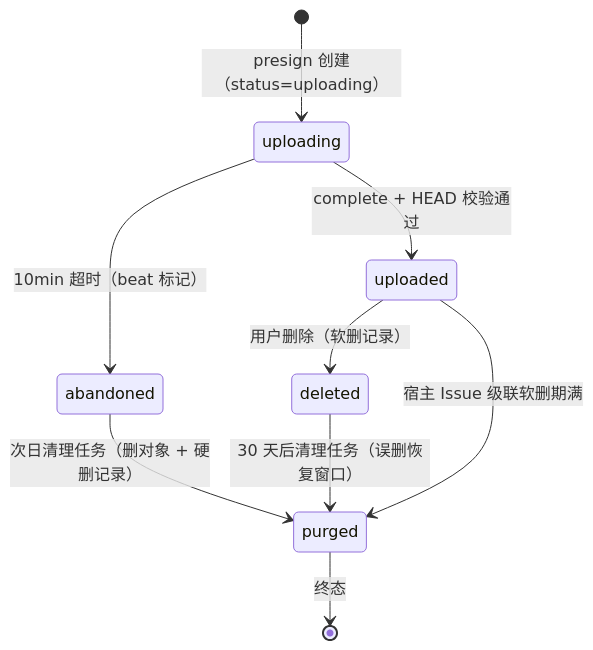
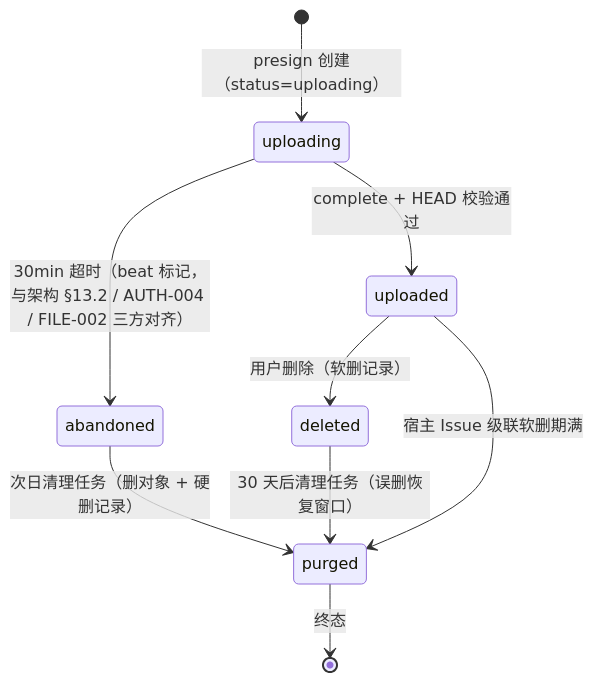
One commit to RabbitAI-Lab/RabbitProjects changed the second of 3 diagrams in docs/sprint-1-mvp/FILE-001-task-attachment.md. Above: the diagram before and after it, drawn with Mermaid. The commit also changed other lines of this file and 11 other files, not shown here.

````diff
--- a/docs/sprint-1-mvp/FILE-001-task-attachment.md
+++ b/docs/sprint-1-mvp/FILE-001-task-attachment.md
@@ -161,11 +163,11 @@
 ```mermaid
 stateDiagram-v2
     [*] --> uploading: presign 创建（status=uploading）
     uploading --> uploaded: complete + HEAD 校验通过
-    uploading --> abandoned: 10min 超时（beat 标记）
+    uploading --> abandoned: 30min 超时（beat 标记，与架构 §13.2 / AUTH-004 / FILE-002 三方对齐）
     uploaded --> deleted: 用户删除（软删记录）
     abandoned --> purged: 次日清理任务（删对象 + 硬删记录）
     deleted --> purged: 30 天后清理任务（误删恢复窗口）
     uploaded --> purged: 宿主 Issue 级联软删期满
     purged --> [*]: 终态
 ```
````
